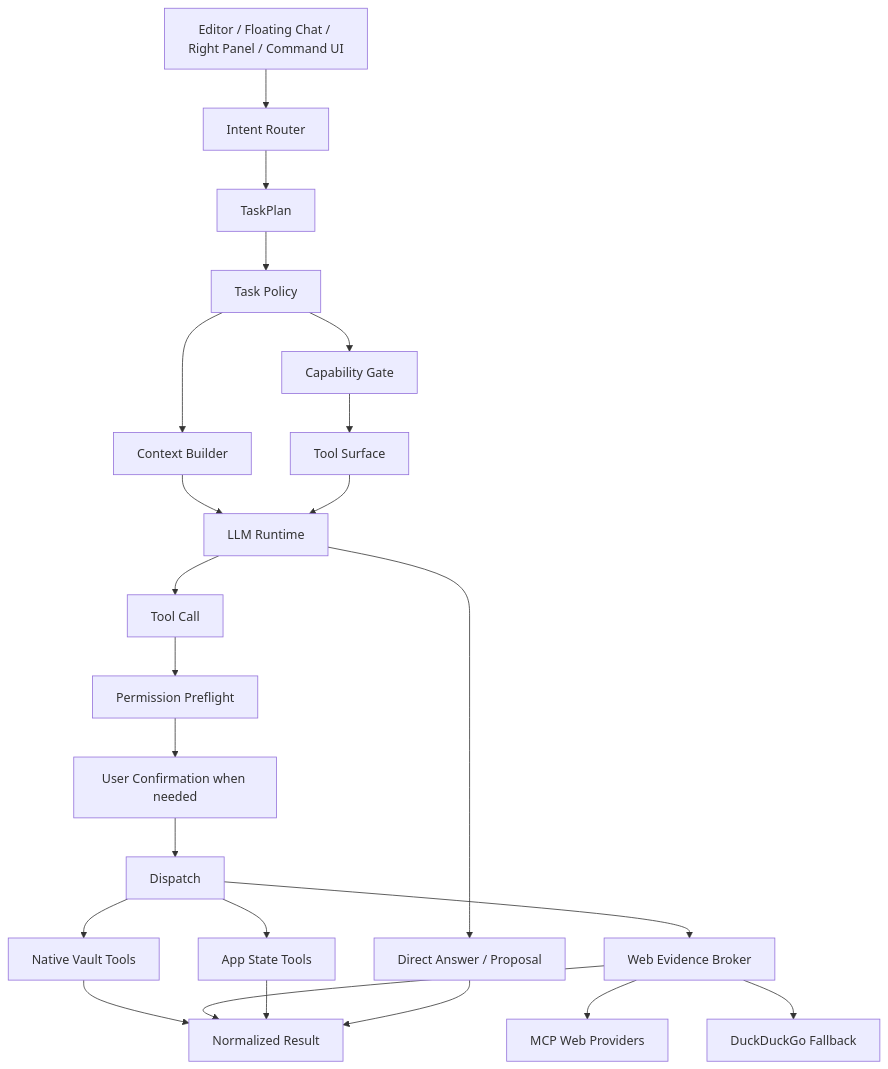
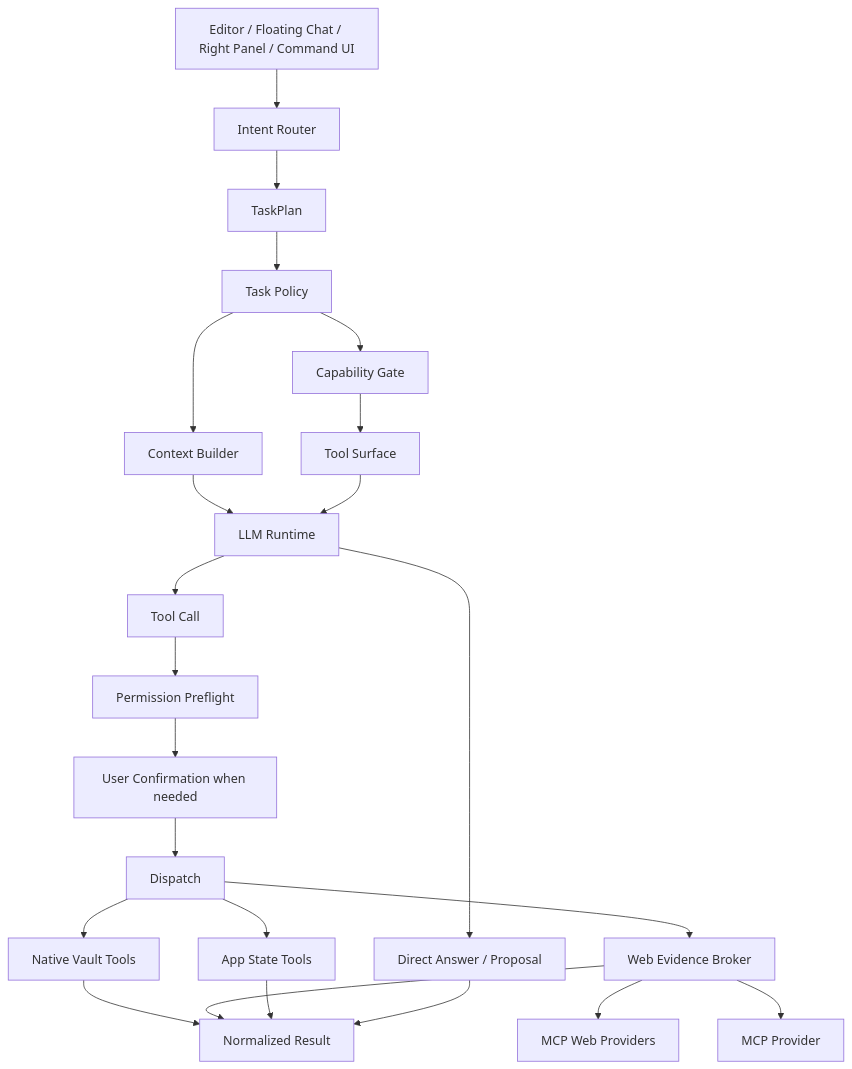
Before and after one commit to skahanium/iris: the diagram in docs/superpowers/specs/2026-07-01-iris-ai-harness-architecture-design.md, drawn with Mermaid. The commit also changed other lines of this file and 78 other files, not shown here.

````diff
--- a/docs/superpowers/specs/2026-07-01-iris-ai-harness-architecture-design.md
+++ b/docs/superpowers/specs/2026-07-01-iris-ai-harness-architecture-design.md
@@ -103,25 +103,25 @@
 ```mermaid
 flowchart TD
   UI["Editor / Floating Chat / Right Panel / Command UI"] --> IR["Intent Router"]
   IR --> TP["TaskPlan"]
   TP --> POL["Task Policy"]
   POL --> CTX["Context Builder"]
   POL --> CAP["Capability Gate"]
   CAP --> TS["Tool Surface"]
   CTX --> LLM["LLM Runtime"]
   TS --> LLM
   LLM --> OUT["Direct Answer / Proposal"]
   LLM --> CALL["Tool Call"]
   CALL --> PRE["Permission Preflight"]
   PRE --> CONF["User Confirmation when needed"]
   CONF --> DISP["Dispatch"]
   DISP --> VAULT["Native Vault Tools"]
   DISP --> WEB["Web Evidence Broker"]
   DISP --> APP["App State Tools"]
   WEB --> MCP["MCP Web Providers"]
-  WEB --> DDG["DuckDuckGo Fallback"]
+  WEB --> DDG["MCP Provider"]
   VAULT --> RES["Normalized Result"]
   WEB --> RES
   APP --> RES
   OUT --> RES
 ```
````
